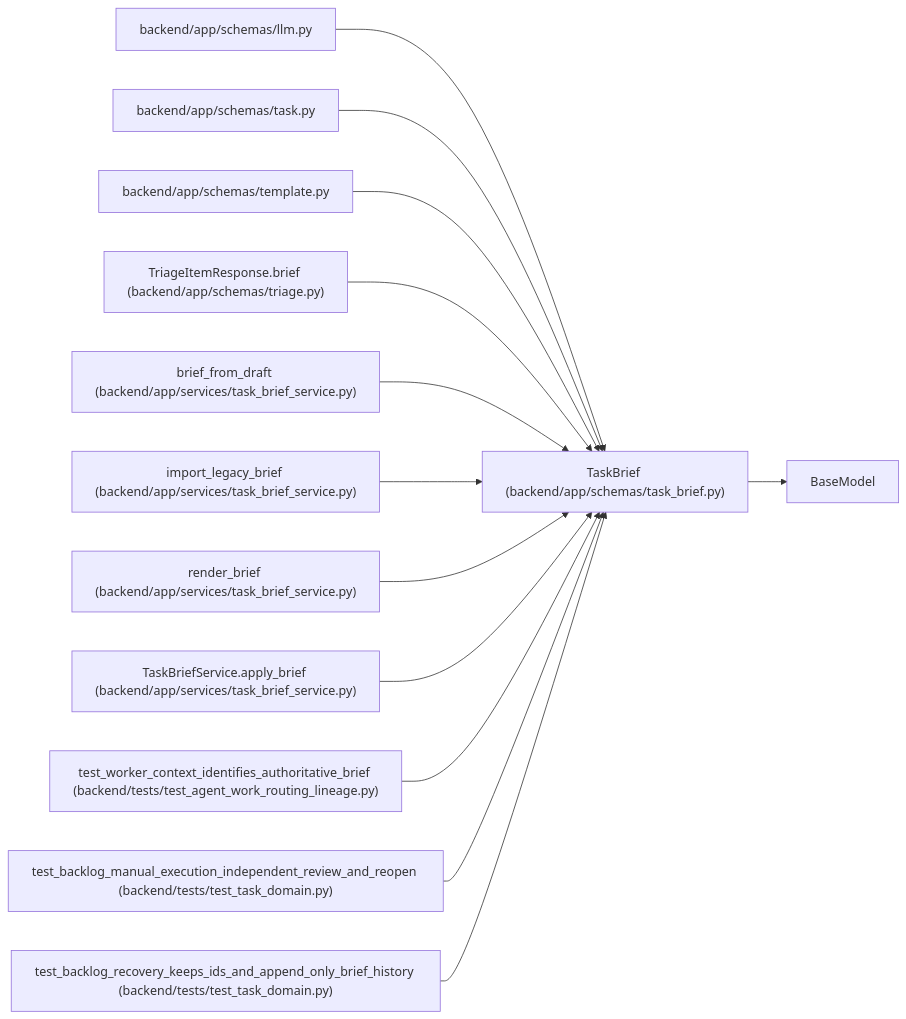
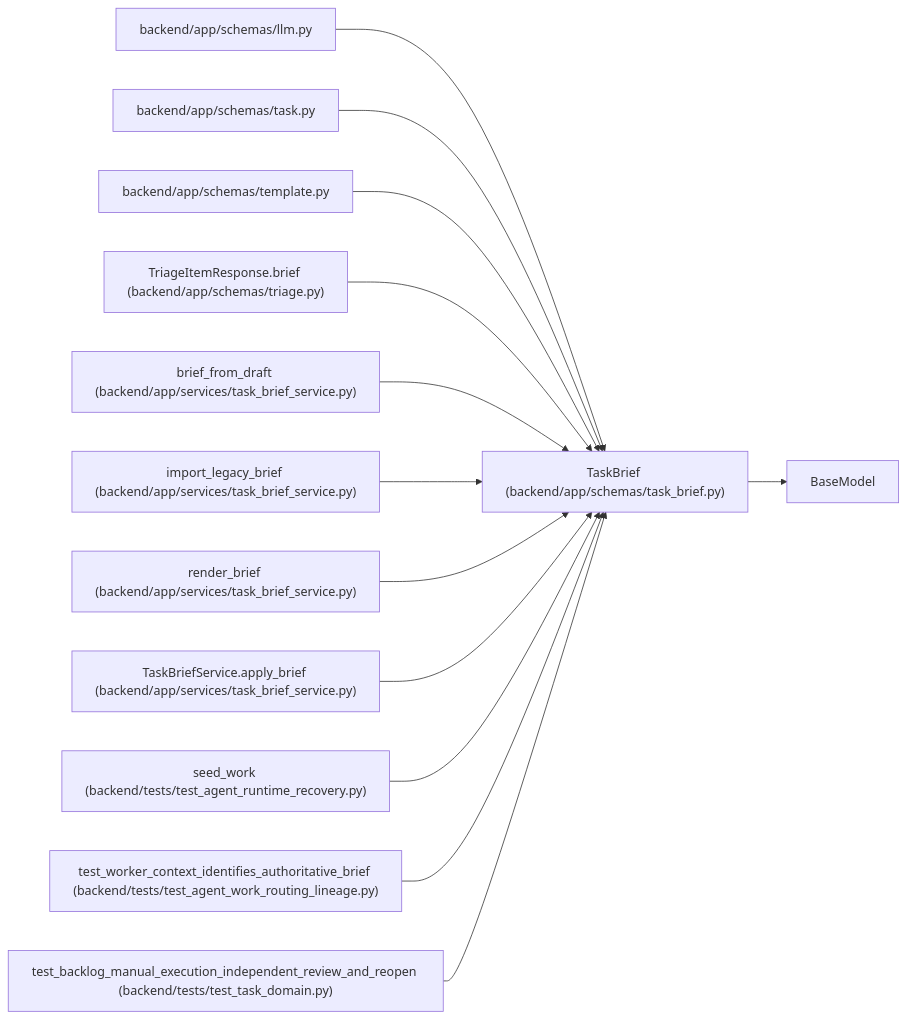
The diagram in docs/llm_wiki/entities/schemas_task_brief_TaskBrief.md (Denissvgn/WorkChord), drawn with Mermaid before and after one commit. The commit also changed other lines of this file and 399 other files, not shown here.

Commit message:
docs(wiki): synchronize external runtime recovery evidence

````diff
--- a/docs/llm_wiki/entities/schemas_task_brief_TaskBrief.md
+++ b/docs/llm_wiki/entities/schemas_task_brief_TaskBrief.md
@@ -46,40 +46,40 @@
 ```mermaid
 flowchart LR
     n0["TaskBrief (backend/app/schemas/task_brief.py)"]
     n1["BaseModel"]
     n2["backend/app/schemas/llm.py"]
     n3["backend/app/schemas/task.py"]
     n4["backend/app/schemas/template.py"]
     n5["TriageItemResponse.brief (backend/app/schemas/triage.py)"]
     n6["brief_from_draft (backend/app/services/task_brief_service.py)"]
     n7["import_legacy_brief (backend/app/services/task_brief_service.py)"]
     n8["render_brief (backend/app/services/task_brief_service.py)"]
     n9["TaskBriefService.apply_brief (backend/app/services/task_brief_service.py)"]
-    n10["test_worker_context_identifies_authoritative_brief (backend/tests/test_agent_work_routing_lineage.py)"]
-    n11["test_backlog_manual_execution_independent_review_and_reopen (backend/tests/test_task_domain.py)"]
-    n12["test_backlog_recovery_keeps_ids_and_append_only_brief_history (backend/tests/test_task_domain.py)"]
+    n10["seed_work (backend/tests/test_agent_runtime_recovery.py)"]
+    n11["test_worker_context_identifies_authoritative_brief (backend/tests/test_agent_work_routing_lineage.py)"]
+    n12["test_backlog_manual_execution_independent_review_and_reopen (backend/tests/test_task_domain.py)"]
     n0 --> n1
     n2 --> n0
     n3 --> n0
     n4 --> n0
     n5 --> n0
     n6 --> n0
     n7 --> n0
     n8 --> n0
     n9 --> n0
     n10 --> n0
     n11 --> n0
     n12 --> n0
     click n0 "../modules/schemas_task_brief.md"
     click n2 "../modules/schemas_llm.md"
     click n3 "../modules/schemas_task.md"
     click n4 "../modules/schemas_template.md"
     click n5 "../modules/schemas_triage.md"
     click n6 "../modules/task_brief_service.md"
     click n7 "../modules/task_brief_service.md"
     click n8 "../modules/task_brief_service.md"
     click n9 "../modules/task_brief_service.md"
-    click n10 "../modules/test_agent_work_routing_lineage.md"
-    click n11 "../modules/test_task_domain.md"
+    click n10 "../modules/test_agent_runtime_recovery.md"
+    click n11 "../modules/test_agent_work_routing_lineage.md"
     click n12 "../modules/test_task_domain.md"
 ```
````
